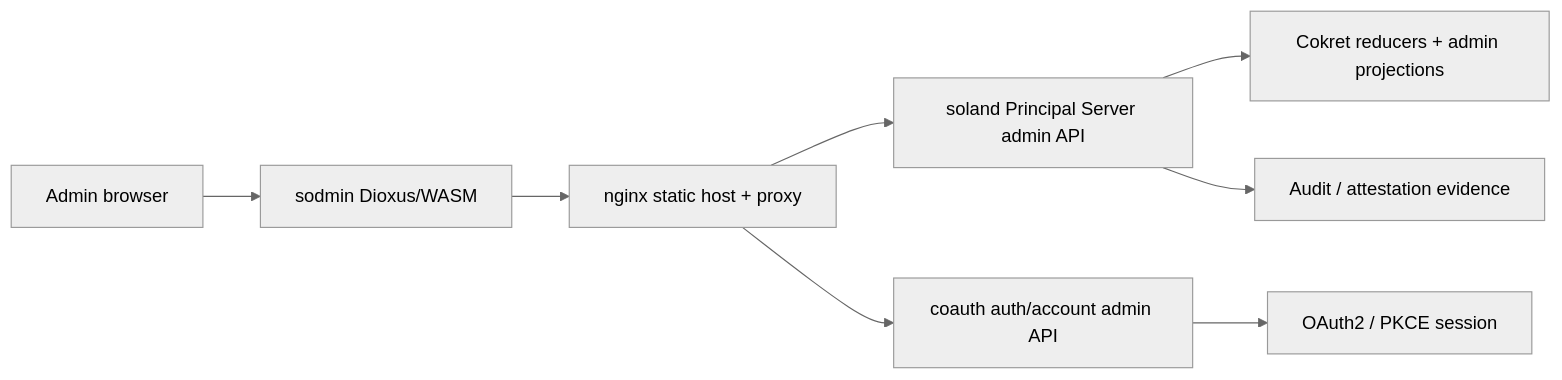
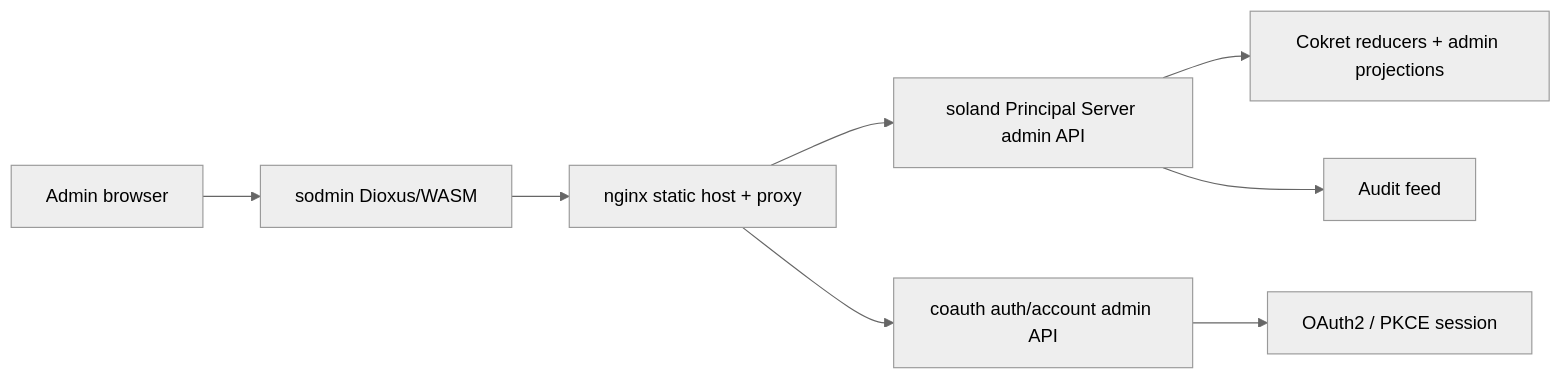
The diagram in README.md (arkret-org/sodmin), drawn with Mermaid (neutral theme) before and after one commit. The commit also changed other lines of this file and 51 other files, not shown here.

````diff
--- a/README.md
+++ b/README.md
@@ -35,10 +35,10 @@
 ```mermaid
 flowchart LR
   Browser["Admin browser"] --> Sodmin["sodmin Dioxus/WASM"]
   Sodmin --> Nginx["nginx static host + proxy"]
   Nginx --> Soland["soland Principal Server admin API"]
   Nginx --> Coauth["coauth auth/account admin API"]
   Coauth --> OAuth["OAuth2 / PKCE session"]
   Soland --> Reducers["Cokret reducers + admin projections"]
-  Soland --> Audit["Audit / attestation evidence"]
+  Soland --> Audit["Audit feed"]
 ```
````
